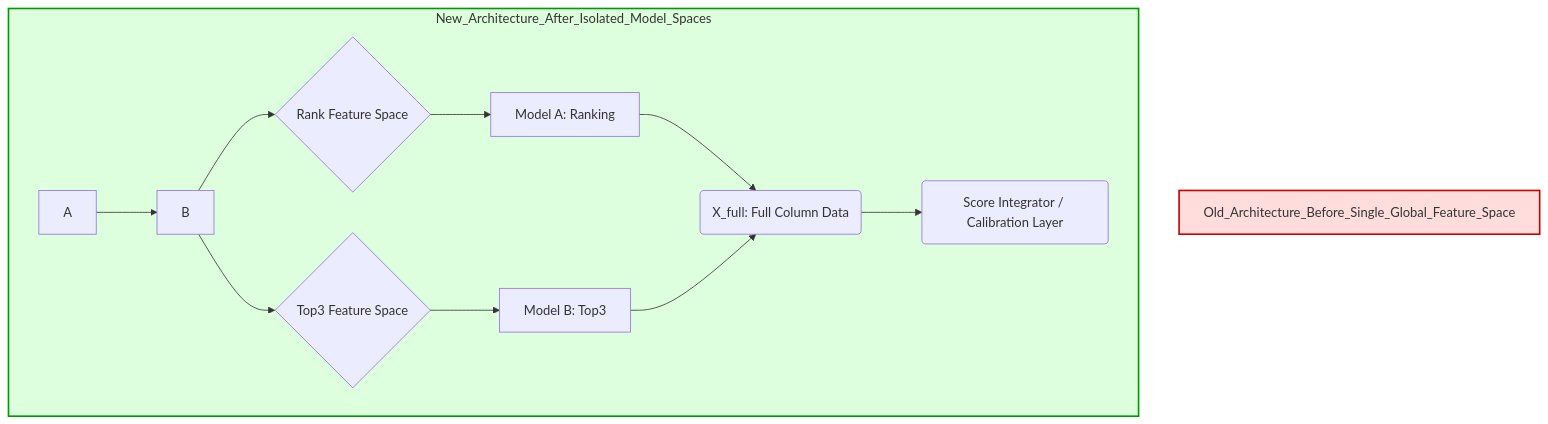
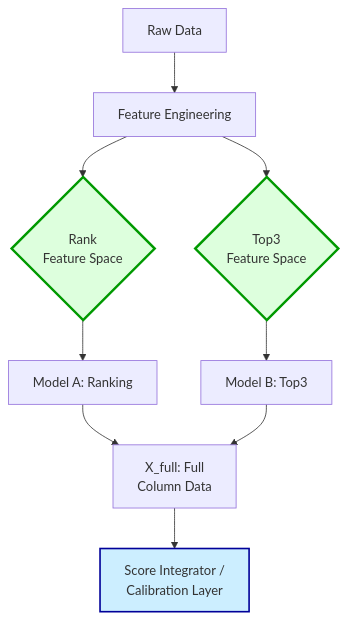
Before and after one commit to ca-too-alt/zenn-articles: the second of 2 diagrams in articles/keiba-ai-24-top3-portfolio-and-feature-isolation.md, drawn with Mermaid. The commit also changed other lines of this file, not shown here.

First line of the commit message:
fix: Correct mermaid diagram syntax errors and separate architectures

````diff
--- a/articles/keiba-ai-24-top3-portfolio-and-feature-isolation.md
+++ b/articles/keiba-ai-24-top3-portfolio-and-feature-isolation.md
@@ -57,15 +64,15 @@
 ```mermaid
 graph TD
-    subgraph New_Architecture_After_Isolated_Model_Spaces
-        A --> B;
-        B --> C_rank{Rank Feature Space};
-        B --> C_top3{Top3 Feature Space};
-        C_rank --> D1[Model A: Ranking];
-        C_top3 --> D2[Model B: Top3];
-        D1 & D2 --> E_full(X_full: Full Column Data);
-        E_full --> F(Score Integrator / Calibration Layer);
-    end
-
-    style Old_Architecture_Before_Single_Global_Feature_Space fill:#fdd,stroke:#c00,stroke-width:2px
-    style New_Architecture_After_Isolated_Model_Spaces fill:#dfd,stroke:#090,stroke-width:2px
+    A["Raw Data"] --> B["Feature Engineering"]
+    B --> C_rank{"Rank<br/>Feature Space"}
+    B --> C_top3{"Top3<br/>Feature Space"}
+    C_rank --> D1["Model A: Ranking"]
+    C_top3 --> D2["Model B: Top3"]
+    D1 --> E_full["X_full: Full<br/>Column Data"]
+    D2 --> E_full
+    E_full --> F["Score Integrator /<br/>Calibration Layer"]
+    
+    style C_rank fill:#dfd,stroke:#090,stroke-width:3px
+    style C_top3 fill:#dfd,stroke:#090,stroke-width:3px
+    style F fill:#cef,stroke:#009,stroke-width:2px
 ```
````
